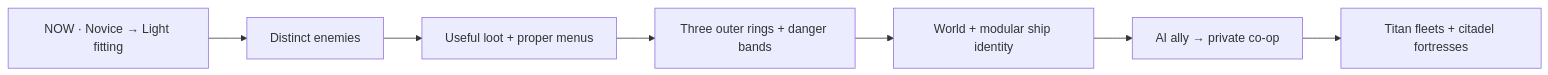
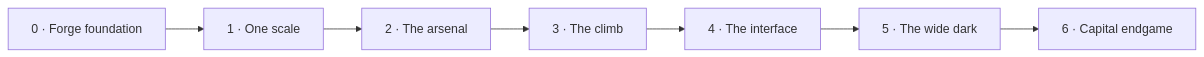
The diagram in docs/PLAN.md (Lycheetah/black-current), drawn with Mermaid before and after one commit. The commit also changed other lines of this file and 4 other files, not shown here.

````diff
--- a/docs/PLAN.md
+++ b/docs/PLAN.md
@@ -25,9 +25,5 @@
 ```mermaid
 flowchart LR
-  A["NOW · Novice → Light fitting"] --> B["Distinct enemies"]
-  B --> C["Useful loot + proper menus"]
-  C --> D["Three outer rings + danger bands"]
-  D --> E["World + modular ship identity"]
-  E --> F["AI ally → private co-op"]
-  F --> G["Titan fleets + citadel fortresses"]
+  S0["0 · Forge foundation"] --> S1["1 · One scale"] --> S2["2 · The arsenal"] --> S3["3 · The climb"]
+  S3 --> S4["4 · The interface"] --> S5["5 · The wide dark"] --> S6["6 · Capital endgame"]
 ```
````
